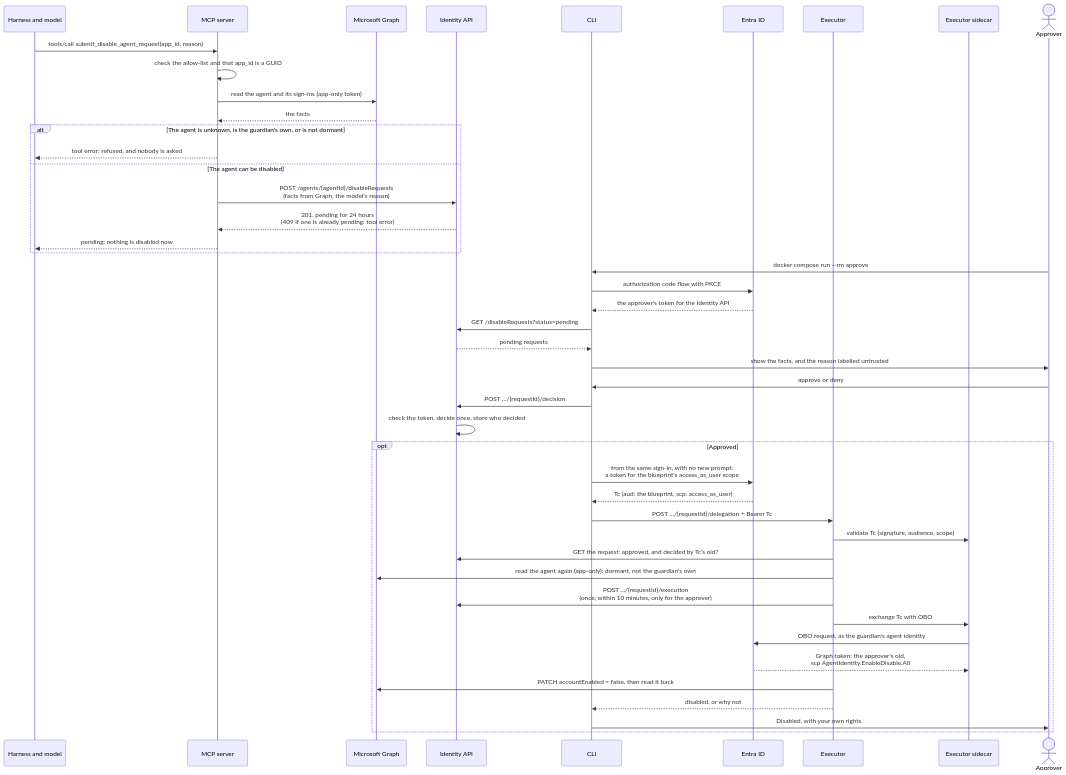
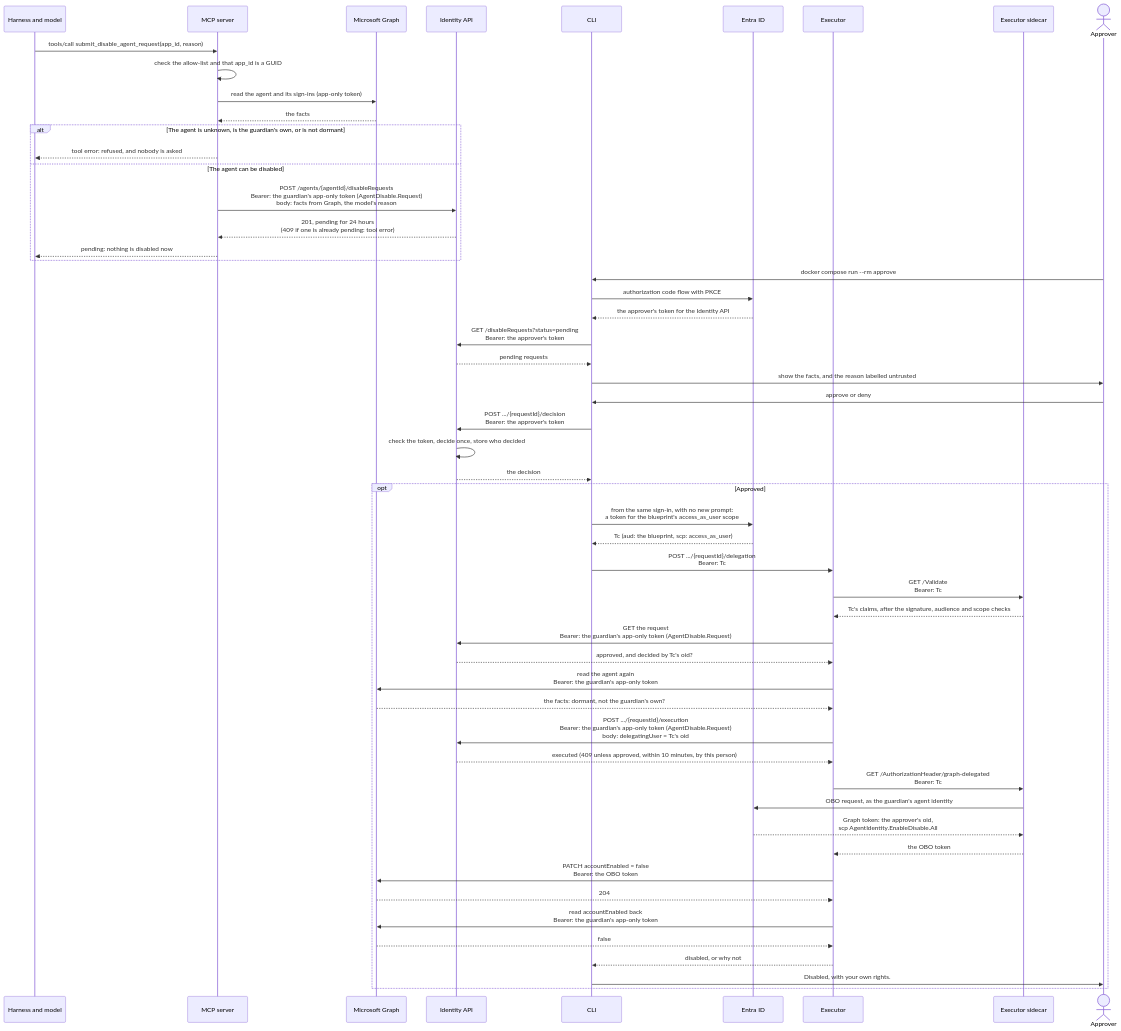
Before and after one commit to alireza-mpr/agent-steward: the third of 4 diagrams in docs/agent-steward-architecture.md, drawn with Mermaid. The commit also changed other lines of this file, not shown here.

Commit message:
docs: approval diagram: every response and bearer token, and the 10 November end-to-end run
The executor's path now shows each reply (Tc's claims, the request, the
claim, the OBO token, the PATCH and the read-back) and which token each
call carries: Tc, the guardian's app-only token, or the OBO token. The
note above the diagram records the end-to-end run of 10 November 2026.

````diff
--- a/docs/agent-steward-architecture.md
+++ b/docs/agent-steward-architecture.md
@@ -175,50 +175,59 @@
 ```mermaid
 sequenceDiagram
     participant H as Harness and model
     participant M as MCP server
     participant G as Microsoft Graph
     participant A as Identity API
     participant C as CLI
     participant E as Entra ID
     participant X as Executor
     participant S as Executor sidecar
     actor P as Approver
 
     H->>M: tools/call submit_disable_agent_request(app_id, reason)
     M->>M: check the allow-list and that app_id is a GUID
     M->>G: read the agent and its sign-ins (app-only token)
     G-->>M: the facts
     alt The agent is unknown, is the guardian's own, or is not dormant
         M-->>H: tool error: refused, and nobody is asked
     else The agent can be disabled
-        M->>A: POST /agents/{agentId}/disableRequests<br/>(facts from Graph, the model's reason)
+        M->>A: POST /agents/{agentId}/disableRequests<br/>Bearer: the guardian's app-only token (AgentDisable.Request)<br/>body: facts from Graph, the model's reason
         A-->>M: 201, pending for 24 hours<br/>(409 if one is already pending: tool error)
         M-->>H: pending: nothing is disabled now
     end
 
     P->>C: docker compose run --rm approve
     C->>E: authorization code flow with PKCE
     E-->>C: the approver's token for the Identity API
-    C->>A: GET /disableRequests?status=pending
+    C->>A: GET /disableRequests?status=pending<br/>Bearer: the approver's token
     A-->>C: pending requests
     C->>P: show the facts, and the reason labelled untrusted
     P->>C: approve or deny
-    C->>A: POST .../{requestId}/decision
+    C->>A: POST .../{requestId}/decision<br/>Bearer: the approver's token
     A->>A: check the token, decide once, store who decided
+    A-->>C: the decision
 
     opt Approved
         C->>E: from the same sign-in, with no new prompt:<br/>a token for the blueprint's access_as_user scope
         E-->>C: Tc (aud: the blueprint, scp: access_as_user)
-        C->>X: POST .../{requestId}/delegation + Bearer Tc
-        X->>S: validate Tc (signature, audience, scope)
-        X->>A: GET the request: approved, and decided by Tc's oid?
-        X->>G: read the agent again (app-only): dormant, not the guardian's own
-        X->>A: POST .../{requestId}/execution<br/>(once, within 10 minutes, only for the approver)
-        X->>S: exchange Tc with OBO
+        C->>X: POST .../{requestId}/delegation<br/>Bearer: Tc
+        X->>S: GET /Validate<br/>Bearer: Tc
+        S-->>X: Tc's claims, after the signature, audience and scope checks
+        X->>A: GET the request<br/>Bearer: the guardian's app-only token (AgentDisable.Request)
+        A-->>X: approved, and decided by Tc's oid?
+        X->>G: read the agent again<br/>Bearer: the guardian's app-only token
+        G-->>X: the facts: dormant, not the guardian's own?
+        X->>A: POST .../{requestId}/execution<br/>Bearer: the guardian's app-only token (AgentDisable.Request)<br/>body: delegatingUser = Tc's oid
+        A-->>X: executed (409 unless approved, within 10 minutes, by this person)
+        X->>S: GET /AuthorizationHeader/graph-delegated<br/>Bearer: Tc
         S->>E: OBO request, as the guardian's agent identity
         E-->>S: Graph token: the approver's oid,<br/>scp AgentIdentity.EnableDisable.All
-        X->>G: PATCH accountEnabled = false, then read it back
+        S-->>X: the OBO token
+        X->>G: PATCH accountEnabled = false<br/>Bearer: the OBO token
+        G-->>X: 204
+        X->>G: read accountEnabled back<br/>Bearer: the guardian's app-only token
+        G-->>X: false
         X-->>C: disabled, or why not
         C->>P: Disabled, with your own rights.
     end
 ```
````
